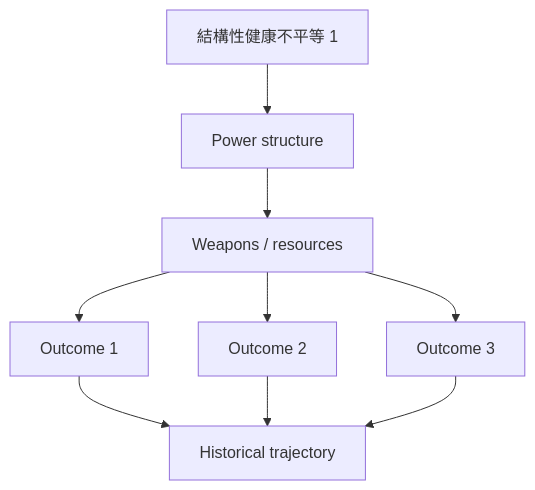
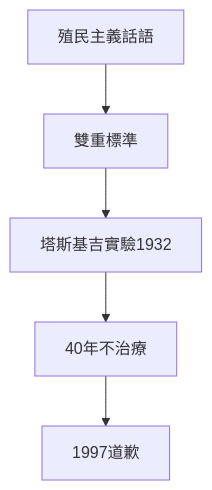
One commit to yip-lgtm/HKU-Harvard-History-Self-Study changed the fifth of 10 diagrams in 02_Harvard_Courses/Fall_Courses/Hist86_Race_and_Public_Health.md. Above: the diagram before and after it, drawn with Mermaid. The commit also changed other lines of this file and 15 other files, not shown here.

````diff
--- a/02_Harvard_Courses/Fall_Courses/Hist86_Race_and_Public_Health.md
+++ b/02_Harvard_Courses/Fall_Courses/Hist86_Race_and_Public_Health.md
@@ -263,11 +189,7 @@
 ```mermaid
 graph TD
-    A[結構性健康不平等 1] --> B[Power structure]
-    B --> C[Weapons / resources]
-    C --> D[Outcome 1]
-    C --> E[Outcome 2]
-    C --> F[Outcome 3]
-    D --> G[Historical trajectory]
-    E --> G
-    F --> G
+    A[殖民主義話語] --> B[雙重標準]
+    B --> C[塔斯基吉實驗1932]
+    C --> D[40年不治療]
+    D --> E[1997道歉]
 ```
````
